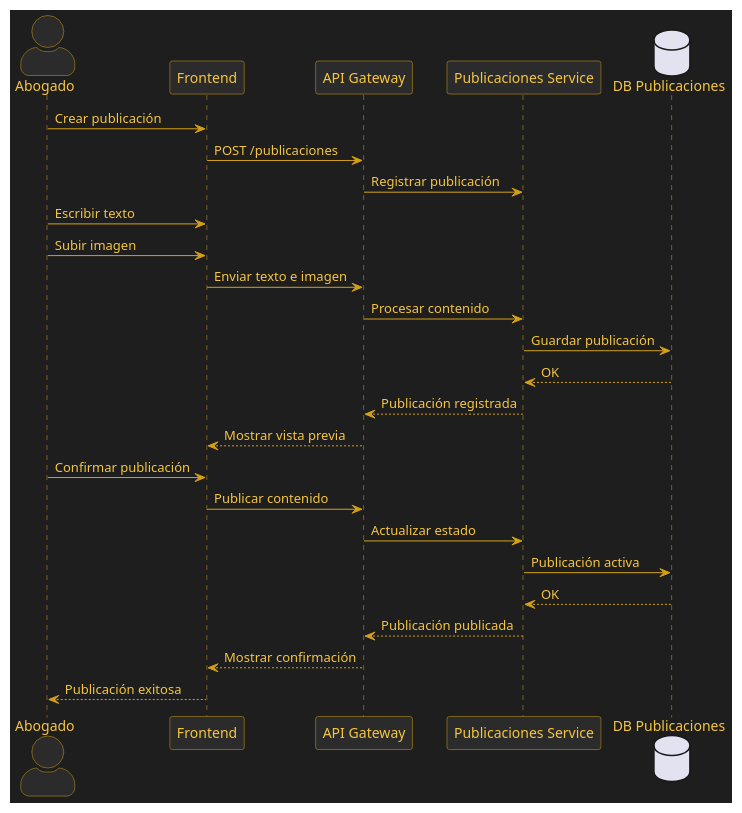
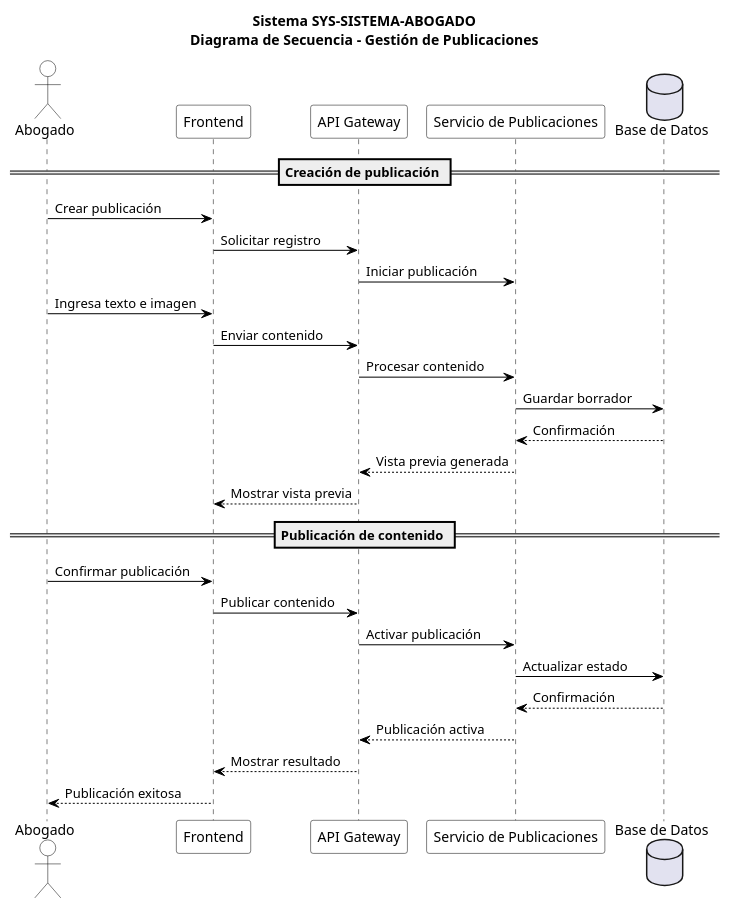
The diagram in 2-MODELO_UML/Comportamiento/2-Secuencia/secuencia-publicacion.puml (OscarBuildsBv/SYS_CANDIDATO_DOC), drawn with PlantUML before and after one commit. The commit also changed 6 other files, not shown here.

```diff
--- a/2-MODELO_UML/Comportamiento/2-Secuencia/secuencia-publicacion.puml
+++ b/2-MODELO_UML/Comportamiento/2-Secuencia/secuencia-publicacion.puml
@@ -1,56 +1,61 @@
 @startuml
+title Sistema SYS-SISTEMA-ABOGADO\nDiagrama de Secuencia - Gestión de Publicaciones
 
-skinparam backgroundColor #1E1E1E
-skinparam packageStyle folder
+skinparam backgroundColor white
 skinparam shadowing false
-skinparam actorStyle awesome
 
 skinparam sequence {
-    ArrowColor #D4A017
-    LifeLineBorderColor #D4A017
-    LifeLineBackgroundColor #2B2B2B
-    ParticipantBorderColor #D4A017
-    ParticipantBackgroundColor #2B2B2B
-    ParticipantFontColor #F5C542
-    ActorBorderColor #D4A017
-    ActorBackgroundColor #2B2B2B
-    ActorFontColor #F5C542
+    ArrowColor black
+    LifeLineBorderColor black
+    LifeLineBackgroundColor white
+    ParticipantBorderColor black
+    ParticipantBackgroundColor white
+    ParticipantFontColor black
+    ActorBorderColor black
+    ActorBackgroundColor white
+    ActorFontColor black
 }
 
-skinparam ArrowColor #D4A017
-skinparam defaultFontColor #F5C542
+skinparam defaultFontColor black
 
 actor Abogado
+
 participant Frontend
 participant "API Gateway" as API
-participant "Publicaciones Service" as Publicaciones
-database "DB Publicaciones" as DB
+participant "Servicio de Publicaciones" as Publicaciones
+database "Base de Datos" as BD
+
+== Creación de publicación ==
 
 Abogado -> Frontend : Crear publicación
-Frontend -> API : POST /publicaciones
-API -> Publicaciones : Registrar publicación
+Frontend -> API : Solicitar registro
 
-Abogado -> Frontend : Escribir texto
-Abogado -> Frontend : Subir imagen
+API -> Publicaciones : Iniciar publicación
 
-Frontend -> API : Enviar texto e imagen
+Abogado -> Frontend : Ingresa texto e imagen
+
+Frontend -> API : Enviar contenido
 API -> Publicaciones : Procesar contenido
 
-Publicaciones -> DB : Guardar publicación
-DB --> Publicaciones : OK
+Publicaciones -> BD : Guardar borrador
+BD --> Publicaciones : Confirmación
 
-Publicaciones --> API : Publicación registrada
+Publicaciones --> API : Vista previa generada
 API --> Frontend : Mostrar vista previa
 
+== Publicación de contenido ==
+
 Abogado -> Frontend : Confirmar publicación
+
 Frontend -> API : Publicar contenido
+API -> Publicaciones : Activar publicación
 
-API -> Publicaciones : Actualizar estado
-Publicaciones -> DB : Publicación activa
-DB --> Publicaciones : OK
+Publicaciones -> BD : Actualizar estado
+BD --> Publicaciones : Confirmación
 
-Publicaciones --> API : Publicación publicada
-API --> Frontend : Mostrar confirmación
+Publicaciones --> API : Publicación activa
+API --> Frontend : Mostrar resultado
+
 Frontend --> Abogado : Publicación exitosa
 
 @enduml
```
